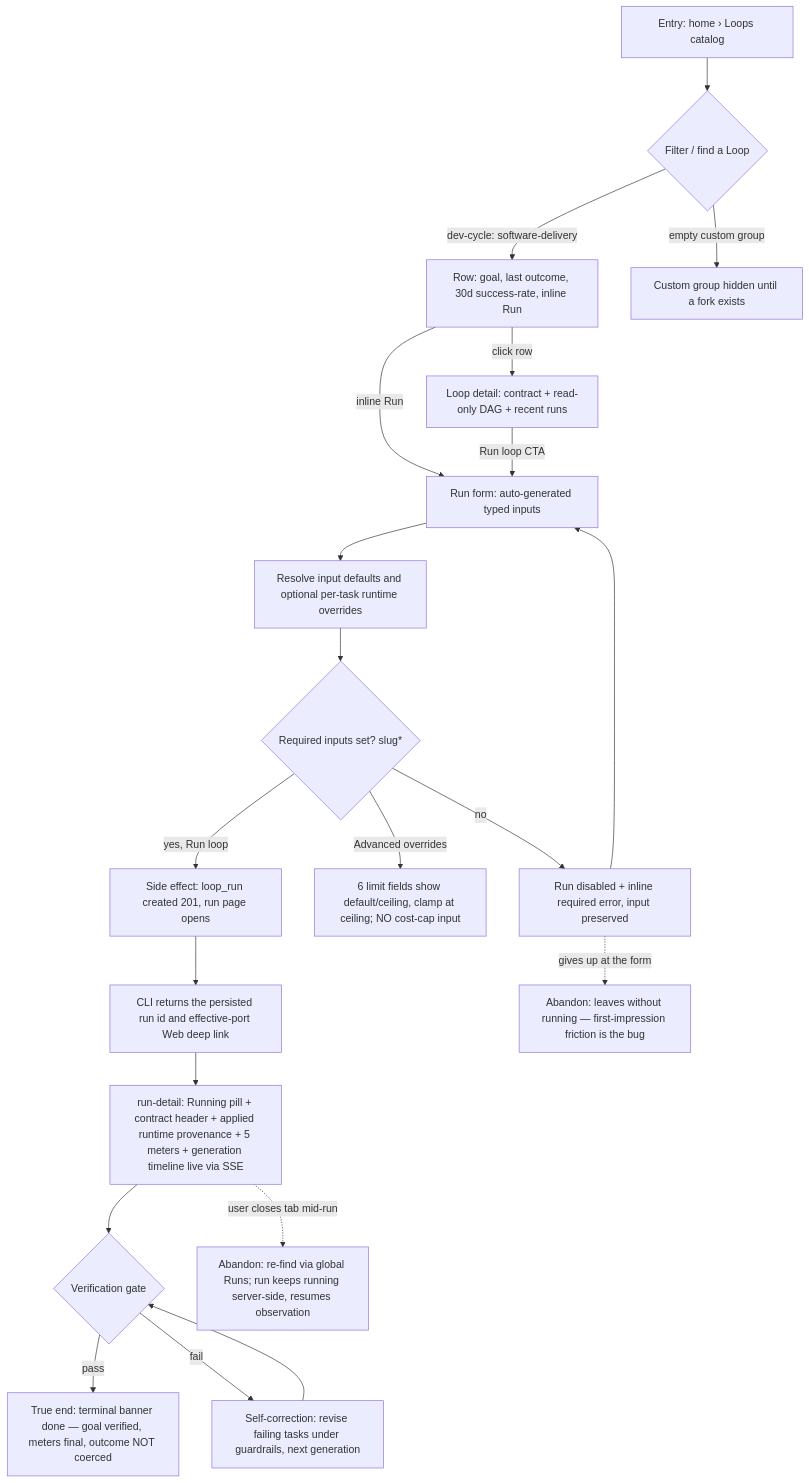
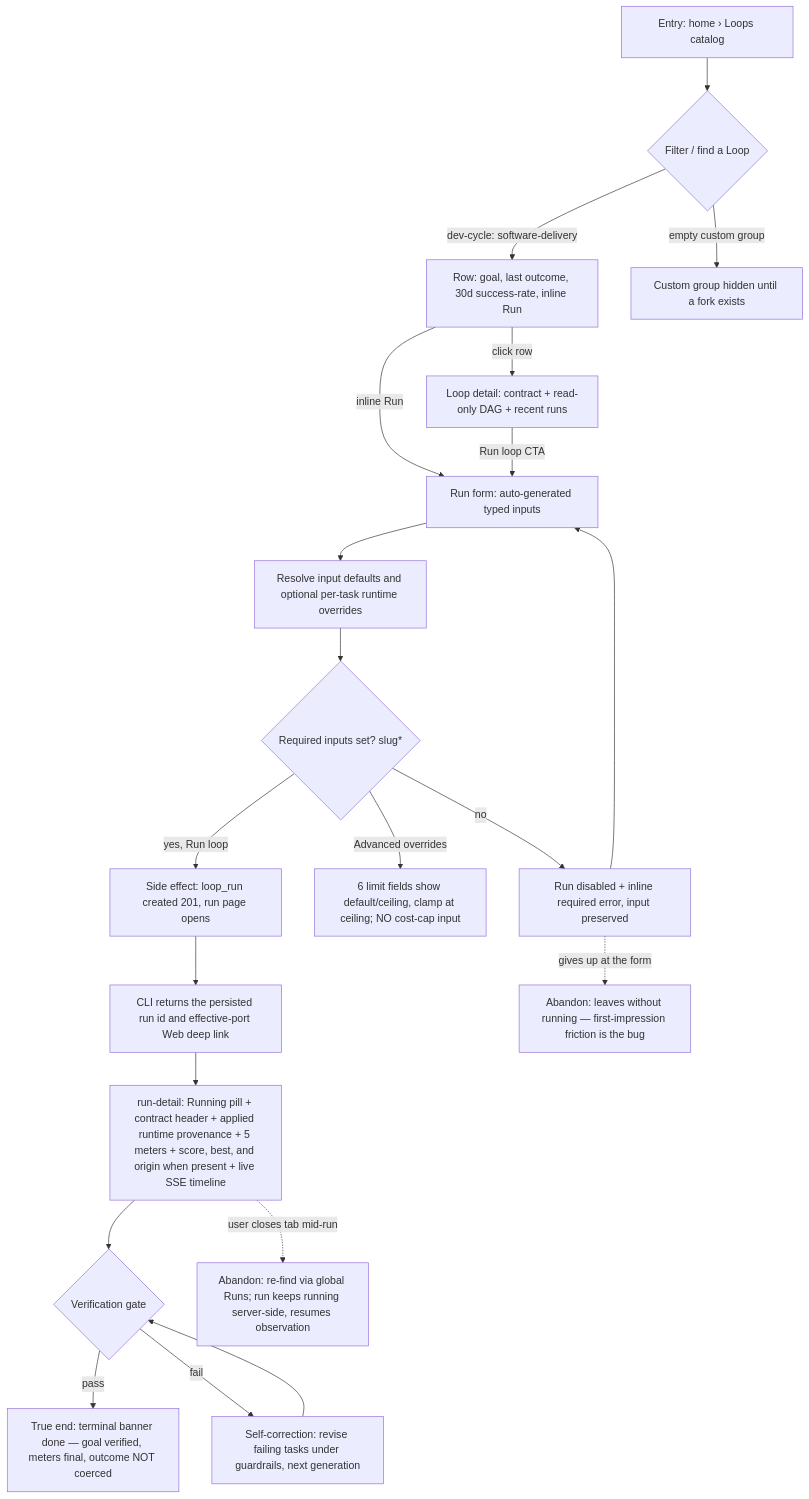
The diagram in docs/qa/journeys/J-01-arrive-and-use-run.md (compozy/compozy), drawn with Mermaid before and after one commit. The commit also changed other lines of this file and 232 other files, not shown here.

````diff
--- a/docs/qa/journeys/J-01-arrive-and-use-run.md
+++ b/docs/qa/journeys/J-01-arrive-and-use-run.md
@@ -9,23 +9,23 @@
 ```mermaid
 flowchart TD
     A[Entry: home › Loops catalog] --> B{Filter / find a Loop}
     B -->|dev-cycle: software-delivery| C[Row: goal, last outcome, 30d success-rate, inline Run]
     B -->|empty custom group| B2[Custom group hidden until a fork exists]
     C -->|click row| D[Loop detail: contract + read-only DAG + recent runs]
     C -->|inline Run| E[Run form: auto-generated typed inputs]
     D -->|Run loop CTA| E
     E --> R[Resolve input defaults and optional per-task runtime overrides]
     R --> F{Required inputs set? slug*}
     F -->|no| F2[Run disabled + inline required error, input preserved]
     F2 --> E
     F -->|Advanced overrides| G[6 limit fields show default/ceiling, clamp at ceiling; NO cost-cap input]
     F -->|yes, Run loop| H[Side effect: loop_run created 201, run page opens]
     H --> H2[CLI returns the persisted run id and effective-port Web deep link]
-    H2 --> I[run-detail: Running pill + contract header + applied runtime provenance + 5 meters + generation timeline live via SSE]
+    H2 --> I[run-detail: Running pill + contract header + applied runtime provenance + 5 meters + score, best, and origin when present + live SSE timeline]
     I --> J{Verification gate}
     J -->|pass| K[True end: terminal banner done — goal verified, meters final, outcome NOT coerced]
     J -->|fail| L[Self-correction: revise failing tasks under guardrails, next generation]
     L --> J
     I -.->|user closes tab mid-run| X1[Abandon: re-find via global Runs; run keeps running server-side, resumes observation]
     F2 -.->|gives up at the form| X2[Abandon: leaves without running — first-impression friction is the bug]
 ```
````
